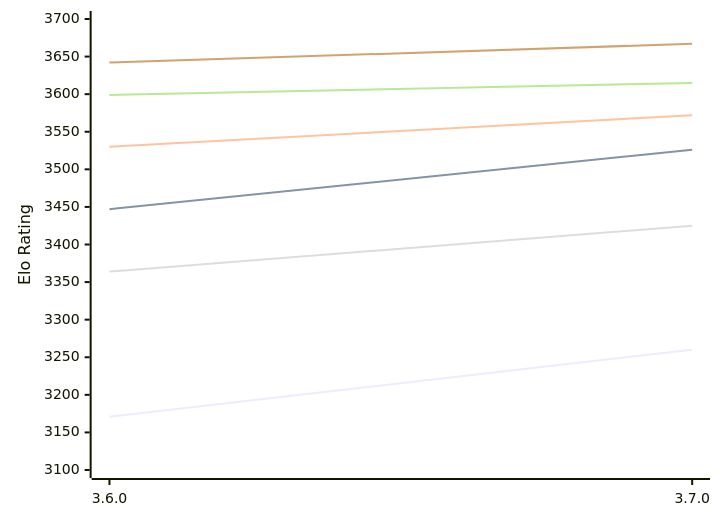
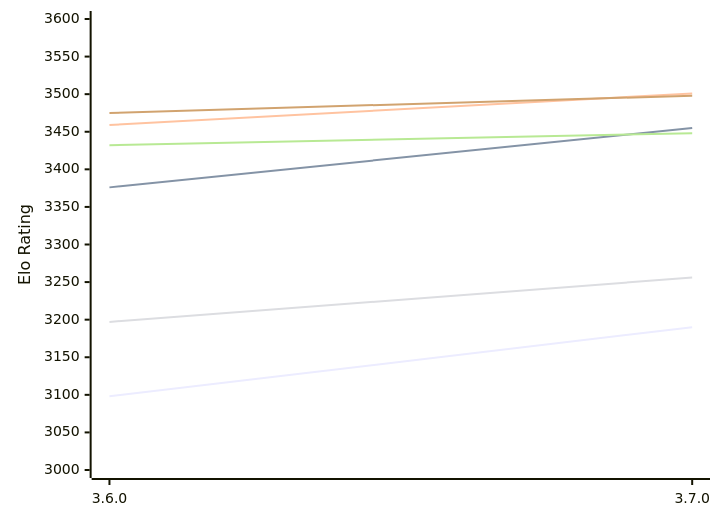
One commit to computer-chess-index/cci changed the diagram in engines/Simplechess.md. Above: the diagram before and after it, drawn with Mermaid. The commit also changed other lines of this file, not shown here.

Commit message:
Update CCI Ratings (ELO VLTC) - 2026-11-13

````diff
--- a/engines/Simplechess.md
+++ b/engines/Simplechess.md
@@ -49,12 +49,12 @@
 ```mermaid
 %%{init: {"theme":"base","themeVariables":{"seriesColors:['#a3a3a3','#222221','#faa371']}}}%%
 xychart-beta
   x-axis ["3.6.0", "3.7.0"]
-  y-axis "Elo Rating" 3100 --> 3700
-  line "E1: STC (8.0+0.08s)" [3171, 3260]
-  line "E1: LTC (60.0+0.60s)" [3447, 3526]
-  line "E1: VLTC (2m24s+1.12s)" [3530, 3572]
-  line "P1: STC (8.0+0.08s)" [3364, 3425]
-  line "P1: LTC (60.0+0.60s)" [3599, 3615]
-  line "P1: VLTC (2m24s+1.12s)" [3642, 3667]
+  y-axis "Elo Rating" 3000 --> 3600
+  line "E1: STC (8.0+0.08s)" [3098, 3190]
+  line "E1: LTC (60.0+0.60s)" [3376, 3455]
+  line "E1: VLTC (2m24s+1.12s)" [3459, 3501]
+  line "P1: STC (8.0+0.08s)" [3197, 3256]
+  line "P1: LTC (60.0+0.60s)" [3432, 3448]
+  line "P1: VLTC (2m24s+1.12s)" [3475, 3498]
 ```
````
